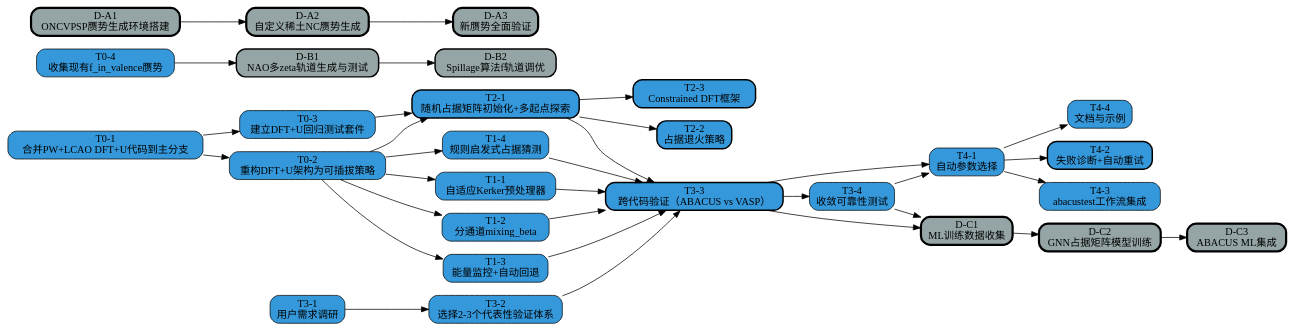
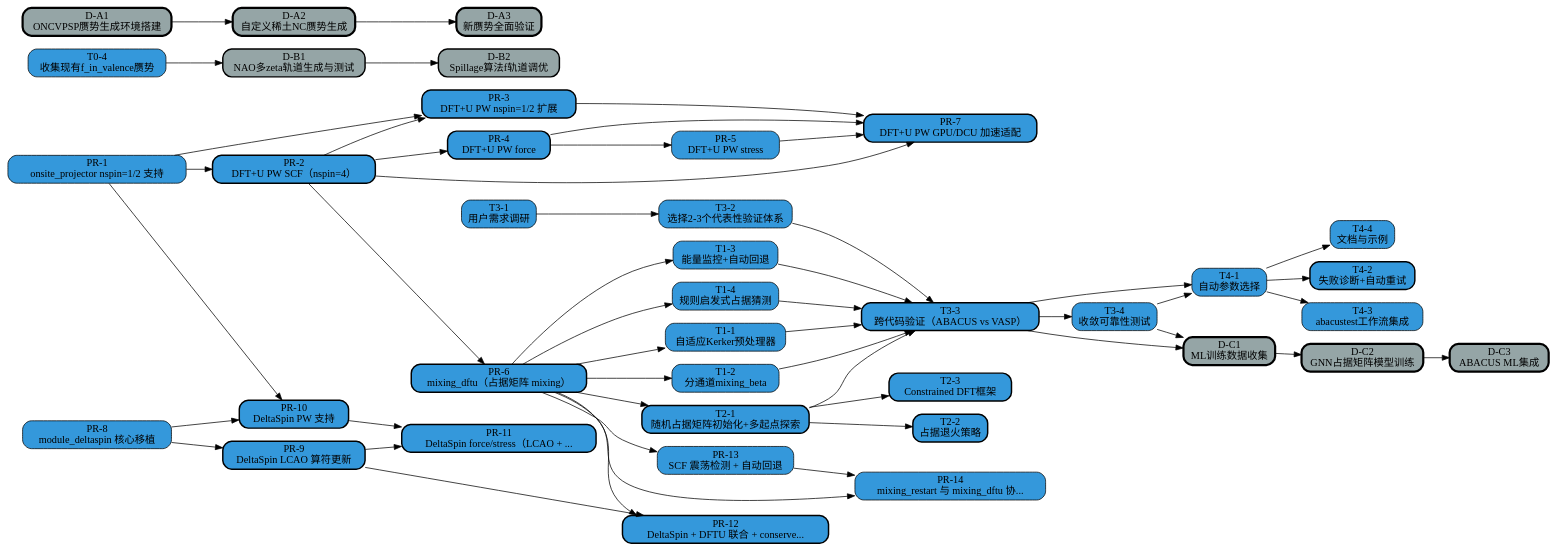
The diagram in projects/f-electron-scf/dependency_graph.dot (dyzheng/pm-agent), drawn with Graphviz before and after one commit.

Commit message:
graph update

```diff
--- a/projects/f-electron-scf/dependency_graph.dot
+++ b/projects/f-electron-scf/dependency_graph.dot
@@ -1,64 +1,92 @@
 digraph Dependencies {
   rankdir=LR;
   node [shape=box, style=rounded];
 
-  "T0-1" [label="T0-1\n合并PW+LCAO DFT+U代码到主分支", fillcolor="#3498db", style="filled,rounded", penwidth=1];
-  "T0-2" [label="T0-2\n重构DFT+U架构为可插拔策略", fillcolor="#3498db", style="filled,rounded", penwidth=1];
-  "T0-3" [label="T0-3\n建立DFT+U回归测试套件", fillcolor="#3498db", style="filled,rounded", penwidth=1];
+  "PR-1" [label="PR-1\nonsite_projector nspin=1/2 支持", fillcolor="#3498db", style="filled,rounded", penwidth=1];
+  "PR-2" [label="PR-2\nDFT+U PW SCF（nspin=4）", fillcolor="#3498db", style="filled,rounded", penwidth=2];
+  "PR-3" [label="PR-3\nDFT+U PW nspin=1/2 扩展", fillcolor="#3498db", style="filled,rounded", penwidth=2];
+  "PR-4" [label="PR-4\nDFT+U PW force", fillcolor="#3498db", style="filled,rounded", penwidth=2];
+  "PR-5" [label="PR-5\nDFT+U PW stress", fillcolor="#3498db", style="filled,rounded", penwidth=1];
+  "PR-6" [label="PR-6\nmixing_dftu（占据矩阵 mixing）", fillcolor="#3498db", style="filled,rounded", penwidth=2];
+  "PR-7" [label="PR-7\nDFT+U PW GPU/DCU 加速适配", fillcolor="#3498db", style="filled,rounded", penwidth=2];
+  "PR-8" [label="PR-8\nmodule_deltaspin 核心移植", fillcolor="#3498db", style="filled,rounded", penwidth=1];
+  "PR-9" [label="PR-9\nDeltaSpin LCAO 算符更新", fillcolor="#3498db", style="filled,rounded", penwidth=2];
+  "PR-10" [label="PR-10\nDeltaSpin PW 支持", fillcolor="#3498db", style="filled,rounded", penwidth=2];
+  "PR-11" [label="PR-11\nDeltaSpin force/stress（LCAO + ...", fillcolor="#3498db", style="filled,rounded", penwidth=2];
+  "PR-12" [label="PR-12\nDeltaSpin + DFTU 联合 + conserve...", fillcolor="#3498db", style="filled,rounded", penwidth=2];
+  "PR-13" [label="PR-13\nSCF 震荡检测 + 自动回退", fillcolor="#3498db", style="filled,rounded", penwidth=1];
+  "PR-14" [label="PR-14\nmixing_restart 与 mixing_dftu 协...", fillcolor="#3498db", style="filled,rounded", penwidth=1];
   "T0-4" [label="T0-4\n收集现有f_in_valence赝势", fillcolor="#3498db", style="filled,rounded", penwidth=1];
   "T1-1" [label="T1-1\n自适应Kerker预处理器", fillcolor="#3498db", style="filled,rounded", penwidth=1];
   "T1-2" [label="T1-2\n分通道mixing_beta", fillcolor="#3498db", style="filled,rounded", penwidth=1];
   "T1-3" [label="T1-3\n能量监控+自动回退", fillcolor="#3498db", style="filled,rounded", penwidth=1];
   "T1-4" [label="T1-4\n规则启发式占据猜测", fillcolor="#3498db", style="filled,rounded", penwidth=1];
   "T2-1" [label="T2-1\n随机占据矩阵初始化+多起点探索", fillcolor="#3498db", style="filled,rounded", penwidth=2];
   "T2-2" [label="T2-2\n占据退火策略", fillcolor="#3498db", style="filled,rounded", penwidth=2];
   "T2-3" [label="T2-3\nConstrained DFT框架", fillcolor="#3498db", style="filled,rounded", penwidth=2];
   "T3-1" [label="T3-1\n用户需求调研", fillcolor="#3498db", style="filled,rounded", penwidth=1];
   "T3-2" [label="T3-2\n选择2-3个代表性验证体系", fillcolor="#3498db", style="filled,rounded", penwidth=1];
   "T3-3" [label="T3-3\n跨代码验证（ABACUS vs VASP）", fillcolor="#3498db", style="filled,rounded", penwidth=2];
   "T3-4" [label="T3-4\n收敛可靠性测试", fillcolor="#3498db", style="filled,rounded", penwidth=1];
   "T4-1" [label="T4-1\n自动参数选择", fillcolor="#3498db", style="filled,rounded", penwidth=1];
   "T4-2" [label="T4-2\n失败诊断+自动重试", fillcolor="#3498db", style="filled,rounded", penwidth=2];
   "T4-3" [label="T4-3\nabacustest工作流集成", fillcolor="#3498db", style="filled,rounded", penwidth=1];
   "T4-4" [label="T4-4\n文档与示例", fillcolor="#3498db", style="filled,rounded", penwidth=1];
   "D-A1" [label="D-A1\nONCVPSP赝势生成环境搭建", fillcolor="#95a5a6", style="filled,rounded", penwidth=3];
   "D-A2" [label="D-A2\n自定义稀土NC赝势生成", fillcolor="#95a5a6", style="filled,rounded", penwidth=3];
   "D-A3" [label="D-A3\n新赝势全面验证", fillcolor="#95a5a6", style="filled,rounded", penwidth=3];
   "D-B1" [label="D-B1\nNAO多zeta轨道生成与测试", fillcolor="#95a5a6", style="filled,rounded", penwidth=2];
   "D-B2" [label="D-B2\nSpillage算法f轨道调优", fillcolor="#95a5a6", style="filled,rounded", penwidth=2];
   "D-C1" [label="D-C1\nML训练数据收集", fillcolor="#95a5a6", style="filled,rounded", penwidth=3];
   "D-C2" [label="D-C2\nGNN占据矩阵模型训练", fillcolor="#95a5a6", style="filled,rounded", penwidth=3];
   "D-C3" [label="D-C3\nABACUS ML集成", fillcolor="#95a5a6", style="filled,rounded", penwidth=3];
 
-  "T0-1" -> "T0-2";
-  "T0-1" -> "T0-3";
-  "T0-2" -> "T1-1";
-  "T0-2" -> "T1-2";
-  "T0-2" -> "T1-3";
-  "T0-2" -> "T1-4";
-  "T0-2" -> "T2-1";
-  "T0-3" -> "T2-1";
+  "PR-1" -> "PR-2";
+  "PR-1" -> "PR-3";
+  "PR-2" -> "PR-3";
+  "PR-2" -> "PR-4";
+  "PR-4" -> "PR-5";
+  "PR-2" -> "PR-6";
+  "PR-2" -> "PR-7";
+  "PR-3" -> "PR-7";
+  "PR-4" -> "PR-7";
+  "PR-5" -> "PR-7";
+  "PR-8" -> "PR-9";
+  "PR-1" -> "PR-10";
+  "PR-8" -> "PR-10";
+  "PR-9" -> "PR-11";
+  "PR-10" -> "PR-11";
+  "PR-6" -> "PR-12";
+  "PR-9" -> "PR-12";
+  "PR-6" -> "PR-13";
+  "PR-6" -> "PR-14";
+  "PR-13" -> "PR-14";
+  "PR-6" -> "T1-1";
+  "PR-6" -> "T1-2";
+  "PR-6" -> "T1-3";
+  "PR-6" -> "T1-4";
+  "PR-6" -> "T2-1";
   "T2-1" -> "T2-2";
   "T2-1" -> "T2-3";
   "T3-1" -> "T3-2";
   "T1-1" -> "T3-3";
   "T1-2" -> "T3-3";
   "T1-3" -> "T3-3";
   "T1-4" -> "T3-3";
   "T2-1" -> "T3-3";
   "T3-2" -> "T3-3";
   "T3-3" -> "T3-4";
   "T3-3" -> "T4-1";
   "T3-4" -> "T4-1";
   "T4-1" -> "T4-2";
   "T4-1" -> "T4-3";
   "T4-1" -> "T4-4";
   "D-A1" -> "D-A2";
   "D-A2" -> "D-A3";
   "T0-4" -> "D-B1";
   "D-B1" -> "D-B2";
   "T3-3" -> "D-C1";
   "T3-4" -> "D-C1";
   "D-C1" -> "D-C2";
   "D-C2" -> "D-C3";
 }
```
